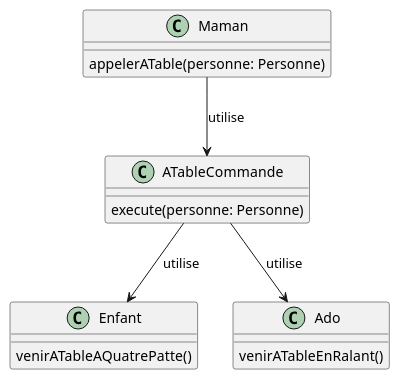
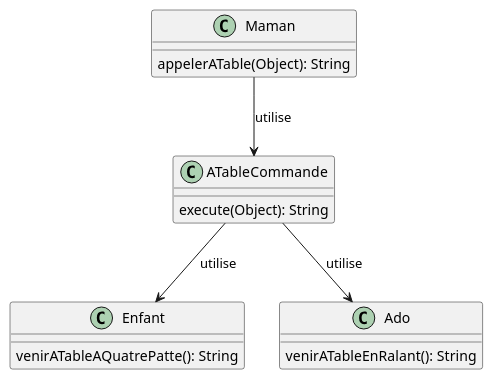
Before and after one commit to jandry/design-pattern: the diagram in src/uml/command.puml, drawn with PlantUML.

```diff
--- a/src/uml/command.puml
+++ b/src/uml/command.puml
@@ -1,24 +1,24 @@
 @startuml Command
 
 class Maman {
-    appelerATable(personne: Personne)
+    appelerATable(Object): String
 }
 
 class Enfant {
-    venirATableAQuatrePatte()
+    venirATableAQuatrePatte(): String
 }
 
 class Ado {
-    venirATableEnRalant()
+    venirATableEnRalant(): String
 }
 
 
 class ATableCommande {
-    execute(personne: Personne)
+    execute(Object): String
 }
 
 Maman --> ATableCommande : utilise
 ATableCommande --> Ado : utilise
 ATableCommande --> Enfant : utilise
 
 @enduml
```
